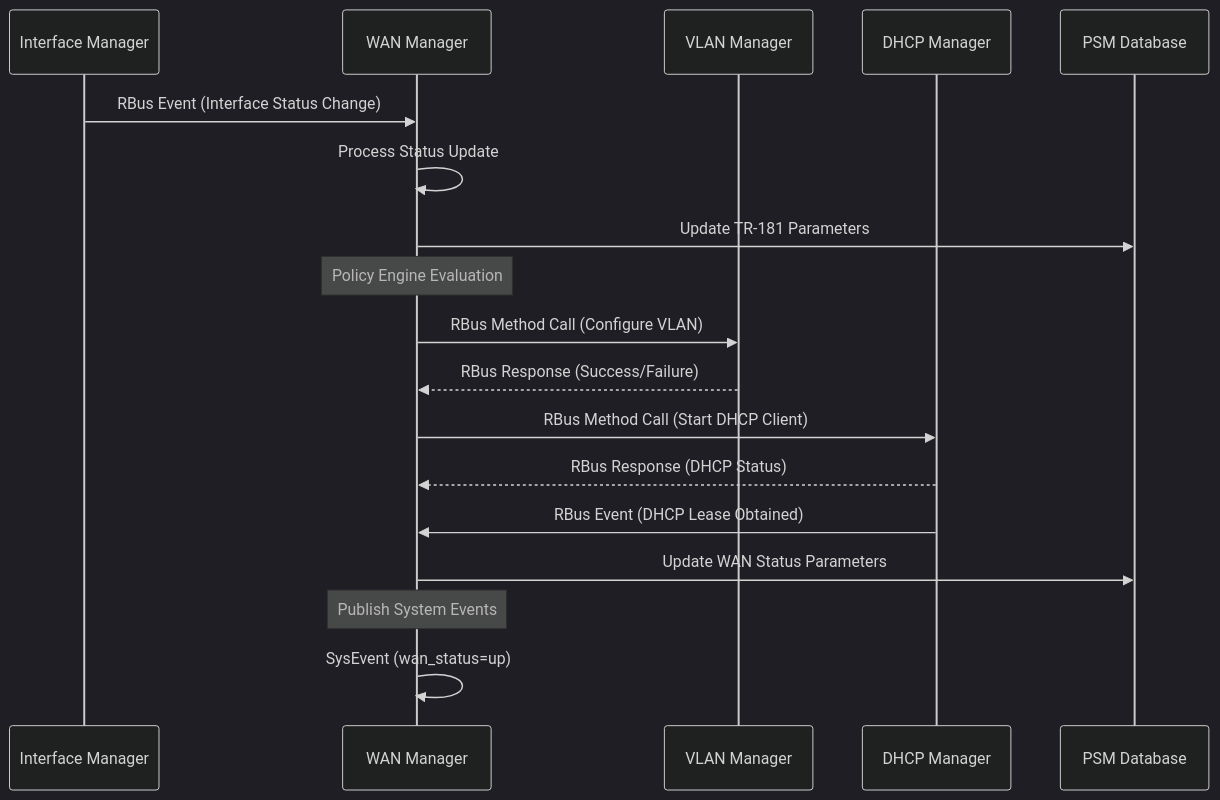
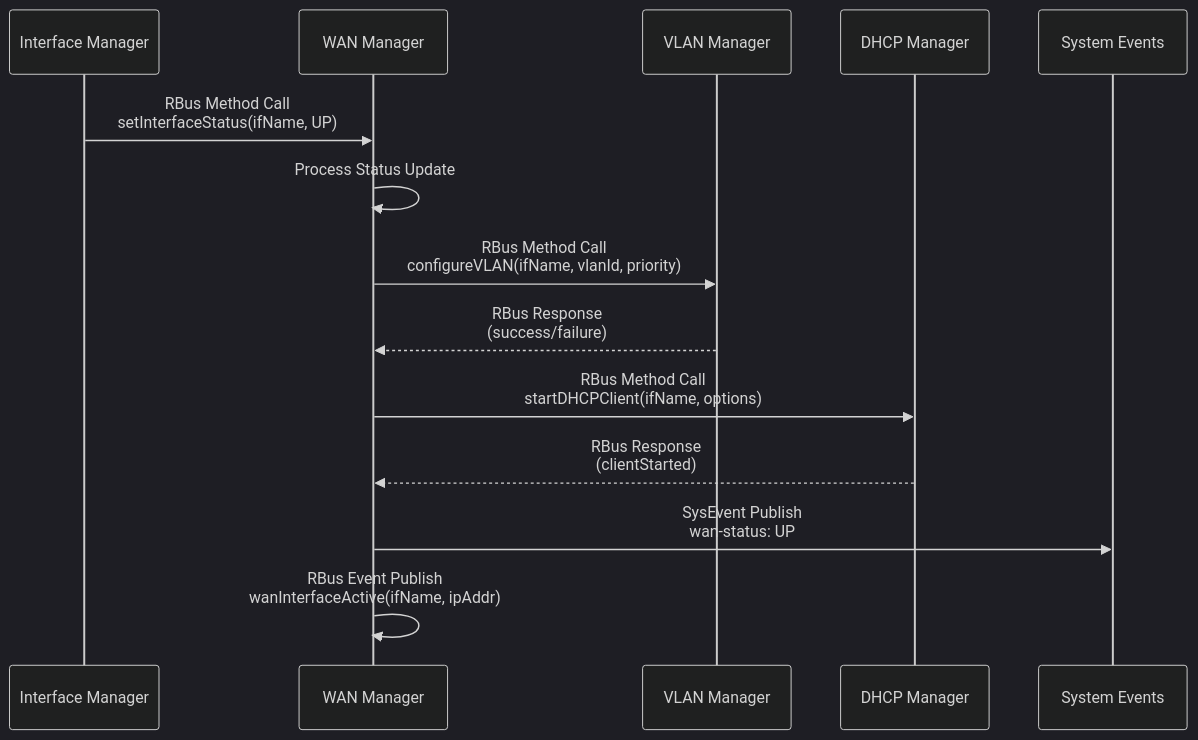
One commit to rns21/RDK_Documentation changed the seventh of 7 diagrams in docs/docu/WANMgr_Claude_2609.md. Above: the diagram before and after it, drawn with Mermaid (dark theme). The commit also changed other lines of this file and 19 other files, not shown here.

````diff
--- a/docs/docu/WANMgr_Claude_2609.md
+++ b/docs/docu/WANMgr_Claude_2609.md
@@ -307,26 +320,17 @@
 ```mermaid
 sequenceDiagram
-    participant IM as Interface Manager
-    participant WM as WAN Manager
+    participant IF as Interface Manager
+    participant WM as WAN Manager  
     participant VM as VLAN Manager
     participant DM as DHCP Manager
-    participant PSM as PSM Database
-    
-    IM->>WM: RBus Event (Interface Status Change)
+    participant SYS as System Events
+
+    IF->>WM: RBus Method Call<br/>setInterfaceStatus(ifName, UP)
     WM->>WM: Process Status Update
-    WM->>PSM: Update TR-181 Parameters
-    
-    Note over WM: Policy Engine Evaluation
-    
-    WM->>VM: RBus Method Call (Configure VLAN)
-    VM-->>WM: RBus Response (Success/Failure)
-    
-    WM->>DM: RBus Method Call (Start DHCP Client) 
-    DM-->>WM: RBus Response (DHCP Status)
-    
-    DM->>WM: RBus Event (DHCP Lease Obtained)
-    WM->>PSM: Update WAN Status Parameters
-    
-    Note over WM: Publish System Events
-    WM->>WM: SysEvent (wan_status=up)
+    WM->>VM: RBus Method Call<br/>configureVLAN(ifName, vlanId, priority)
+    VM-->>WM: RBus Response<br/>(success/failure)
+    WM->>DM: RBus Method Call<br/>startDHCPClient(ifName, options)
+    DM-->>WM: RBus Response<br/>(clientStarted)
+    WM->>SYS: SysEvent Publish<br/>wan-status: UP
+    WM->>WM: RBus Event Publish<br/>wanInterfaceActive(ifName, ipAddr)
 ```
````
